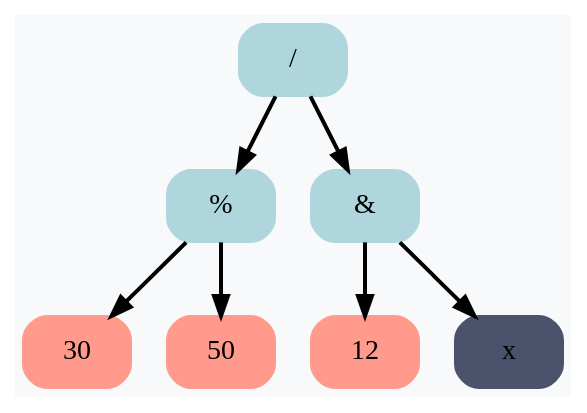
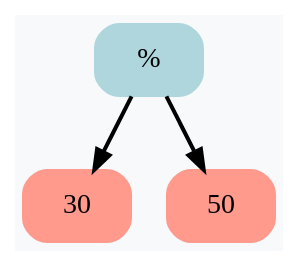
Before and after one commit to RTCupid/Differentiator: the diagram in Expression.dot, drawn with Graphviz. The commit also changed 11 other files, not shown here.

```diff
--- a/Expression.dot
+++ b/Expression.dot
@@ -1,17 +1,9 @@
 digraph G {
 	rankdir = HR;
 	bgcolor="#F7F9FB"
-	 node0x503000000160 [shape=Mrecord; style=filled; color="#aed6dc"; label =  "/ " ];
-	 node0x503000000160 -> node0x5030000000a0 [ style=bold; weight=1000; ];
-	 node0x503000000160 -> node0x503000000130 [ style=bold; weight=1000; ];
-	 node0x5030000000a0 [shape=Mrecord; style=filled; color="#aed6dc"; label =  "% " ];
-	 node0x5030000000a0 -> node0x503000000040 [ style=bold; weight=1000; ];
-	 node0x5030000000a0 -> node0x503000000070 [ style=bold; weight=1000; ];
-	 node0x503000000040 [shape=Mrecord; style=filled; color="#ff9a8d"; label =  "30 " ];
-	 node0x503000000070 [shape=Mrecord; style=filled; color="#ff9a8d"; label =  "50 " ];
-	 node0x503000000130 [shape=Mrecord; style=filled; color="#aed6dc"; label =  "& " ];
-	 node0x503000000130 -> node0x5030000000d0 [ style=bold; weight=1000; ];
-	 node0x503000000130 -> node0x503000000100 [ style=bold; weight=1000; ];
-	 node0x5030000000d0 [shape=Mrecord; style=filled; color="#ff9a8d"; label =  "12 " ];
-	 node0x503000000100 [shape=Mrecord; style=filled; color="#4a536b"; label =  "x " ];
+	 node0x5030000000d0 [shape=Mrecord; style=filled; color="#aed6dc"; label =  "% " ];
+	 node0x5030000000d0 -> node0x503000000070 [ style=bold; weight=1000; ];
+	 node0x5030000000d0 -> node0x5030000000a0 [ style=bold; weight=1000; ];
+	 node0x503000000070 [shape=Mrecord; style=filled; color="#ff9a8d"; label =  "30 " ];
+	 node0x5030000000a0 [shape=Mrecord; style=filled; color="#ff9a8d"; label =  "50 " ];
 }
```
